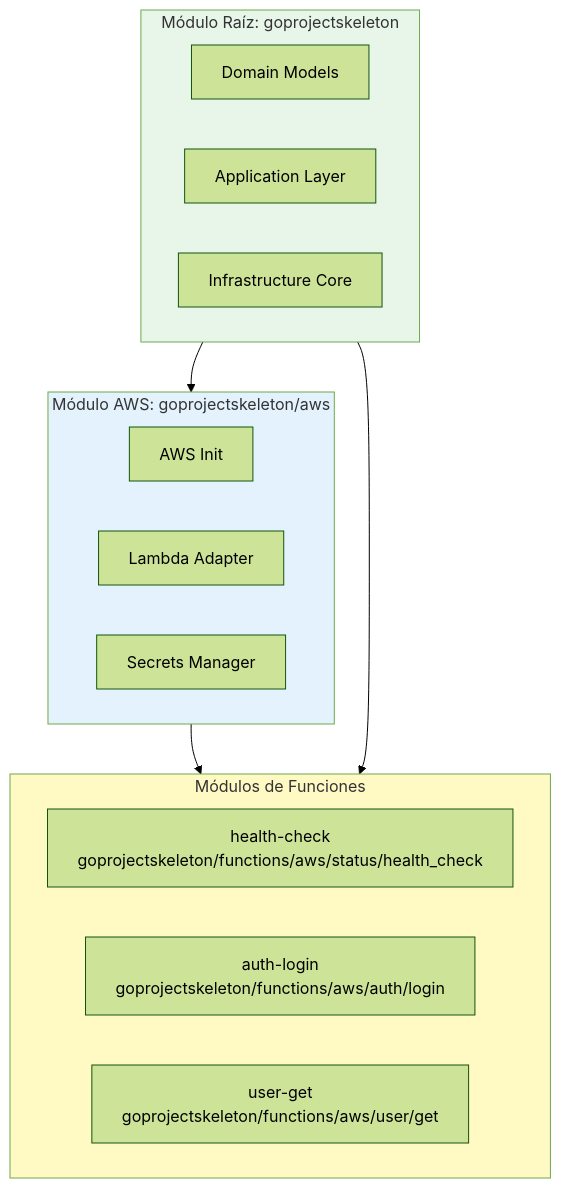
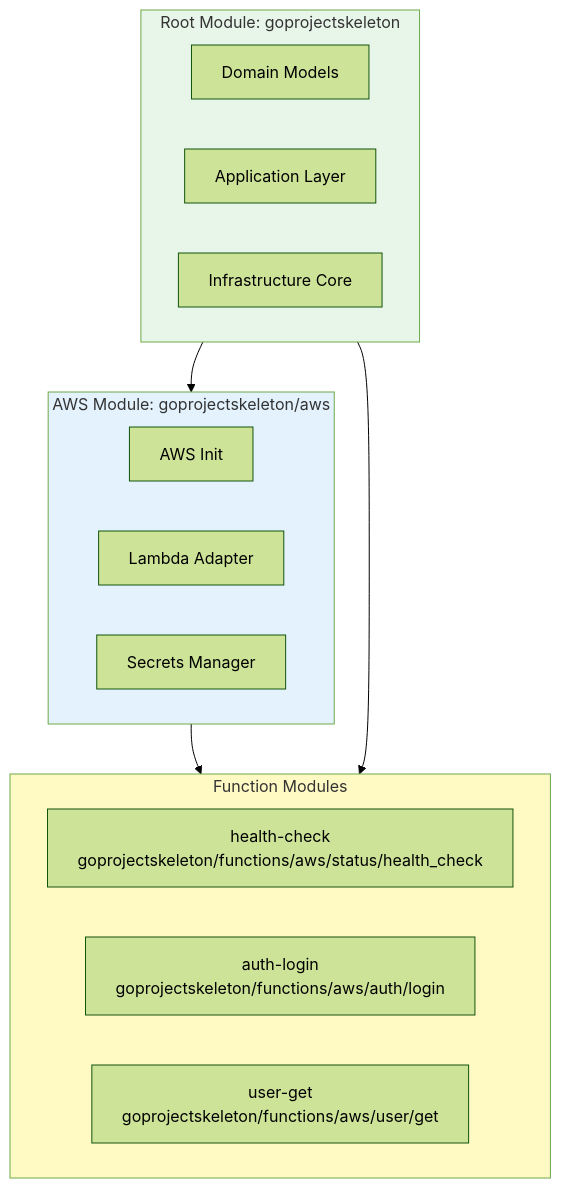
One commit to Simon3640/GoProjectSkeleton changed the fifth of 27 diagrams in README.md. Above: the diagram before and after it, drawn with Mermaid (forest theme). The commit also changed other lines of this file and 1 other file, not shown here.

````diff
--- a/README.md
+++ b/README.md
@@ -942,28 +942,28 @@
 ```mermaid
 graph TB
-    subgraph RootModule["Módulo Raíz: goprojectskeleton"]
+    subgraph RootModule["Root Module: goprojectskeleton"]
         Domain[Domain Models]
         Application[Application Layer]
         Infrastructure[Infrastructure Core]
     end
 
-    subgraph AWSModule["Módulo AWS: goprojectskeleton/aws"]
+    subgraph AWSModule["AWS Module: goprojectskeleton/aws"]
         AWSInit[AWS Init]
         LambdaAdapter[Lambda Adapter]
         SecretsManager[Secrets Manager]
     end
 
-    subgraph FunctionModules["Módulos de Funciones"]
+    subgraph FunctionModules["Function Modules"]
         HealthCheck[health-check<br/>goprojectskeleton/functions/aws/status/health_check]
         AuthLogin[auth-login<br/>goprojectskeleton/functions/aws/auth/login]
         UserGet[user-get<br/>goprojectskeleton/functions/aws/user/get]
     end
 
     RootModule --> AWSModule
     AWSModule --> FunctionModules
     RootModule --> FunctionModules
 
     style RootModule fill:#e8f5e9
     style AWSModule fill:#e3f2fd
     style FunctionModules fill:#fff9c4
 ```
````
